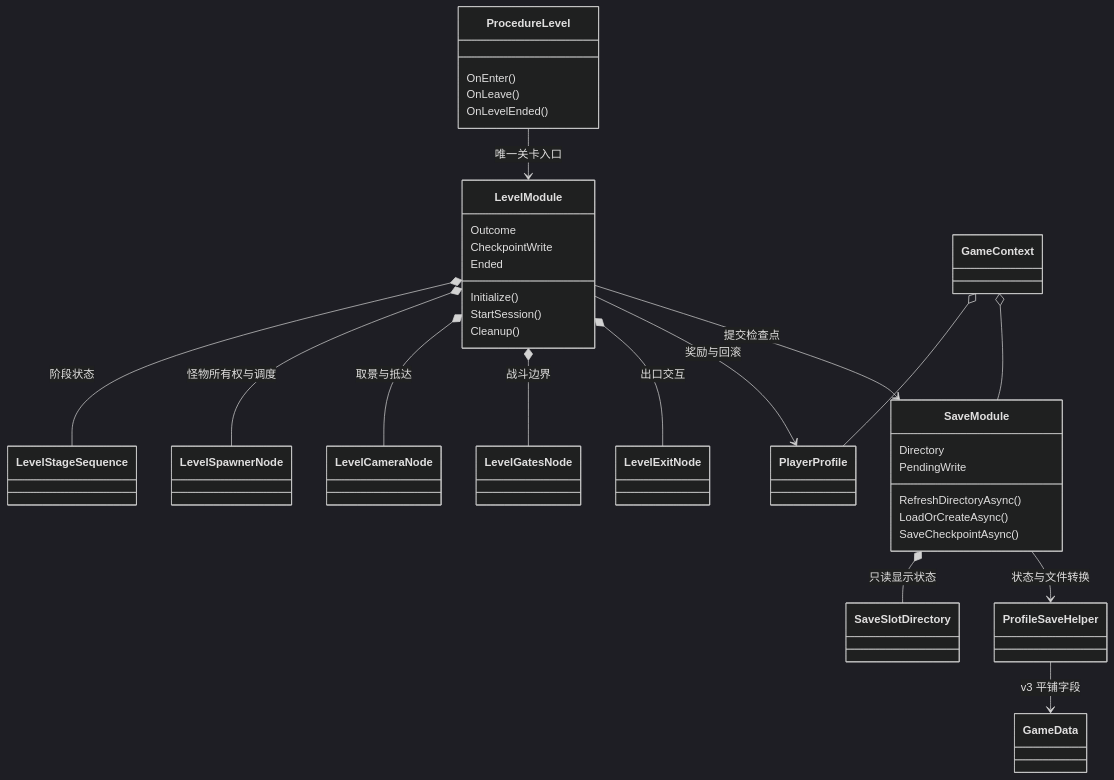
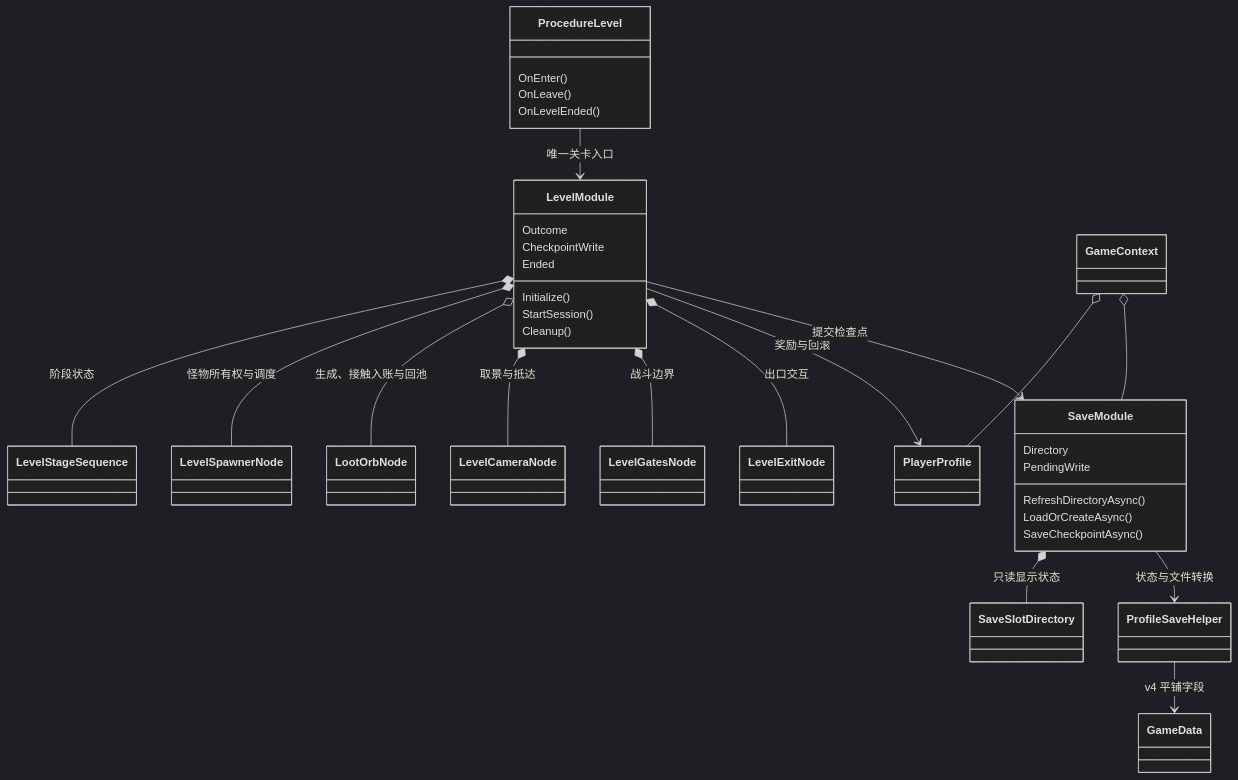
The first of 2 diagrams in Docs/GameplayArchitecture.md (zheliku/GameZMXY), drawn with Mermaid (dark theme) before and after one commit. The commit also changed other lines of this file and 258 other files, not shown here.

````diff
--- a/Docs/GameplayArchitecture.md
+++ b/Docs/GameplayArchitecture.md
@@ -21,36 +21,37 @@
 ```mermaid
 classDiagram
     class ProcedureLevel {
         OnEnter()
         OnLeave()
         OnLevelEnded()
     }
     class LevelModule {
         Initialize()
         StartSession()
         Cleanup()
         Outcome
         CheckpointWrite
         Ended
     }
     class SaveModule {
         Directory
         RefreshDirectoryAsync()
         LoadOrCreateAsync()
         SaveCheckpointAsync()
         PendingWrite
     }
     ProcedureLevel --> LevelModule : 唯一关卡入口
     LevelModule *-- LevelStageSequence : 阶段状态
     LevelModule *-- LevelSpawnerNode : 怪物所有权与调度
+    LevelModule o-- LootOrbNode : 生成、接触入账与回池
     LevelModule *-- LevelCameraNode : 取景与抵达
     LevelModule *-- LevelGatesNode : 战斗边界
     LevelModule *-- LevelExitNode : 出口交互
     LevelModule --> PlayerProfile : 奖励与回滚
     LevelModule --> SaveModule : 提交检查点
     GameContext o-- PlayerProfile
     GameContext o-- SaveModule
     SaveModule *-- SaveSlotDirectory : 只读显示状态
     SaveModule --> ProfileSaveHelper : 状态与文件转换
-    ProfileSaveHelper --> GameData : v3 平铺字段
+    ProfileSaveHelper --> GameData : v4 平铺字段
 ```
````
